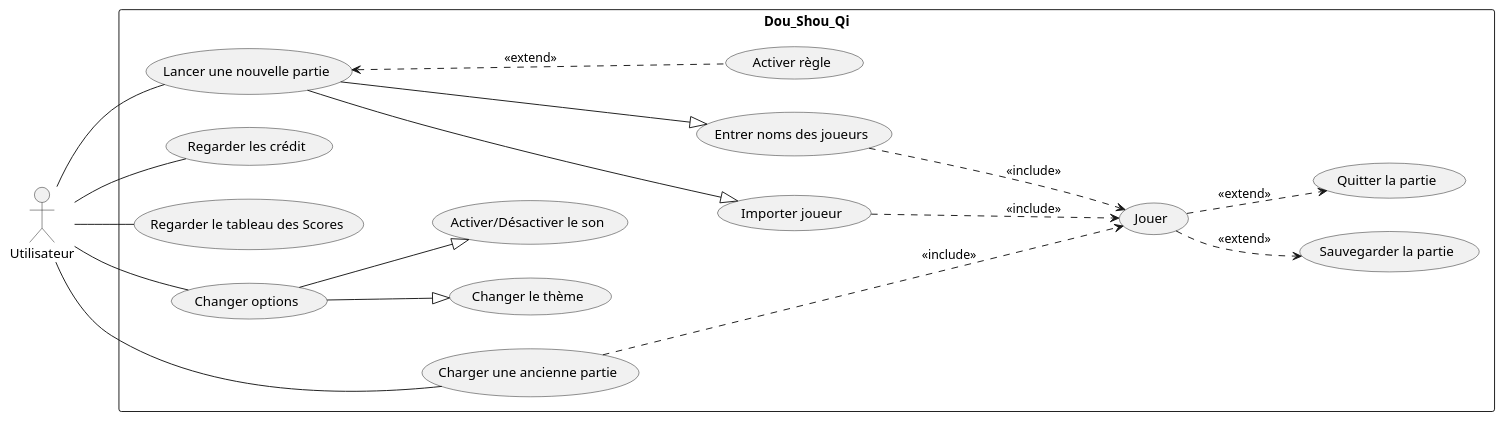
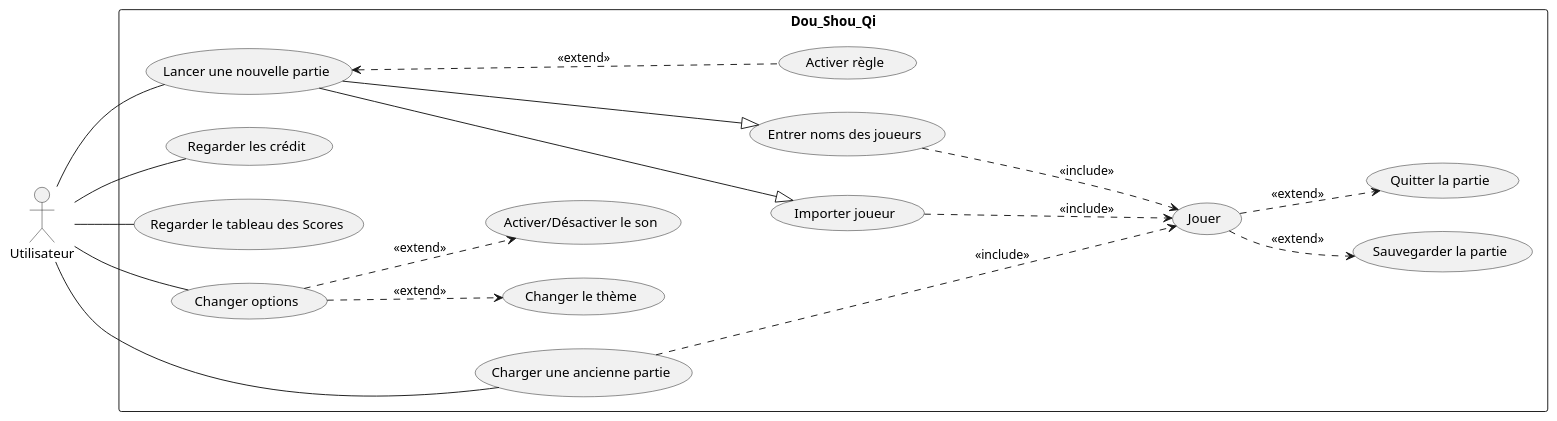
One commit to Pepit0404/DouShouQi changed the diagram in docs/use_cases.md. Above: the diagram before and after it, drawn with PlantUML.

Commit message:
Mise à jour de 'docs/use_cases.md'

````diff
--- a/docs/use_cases.md
+++ b/docs/use_cases.md
@@ -3,37 +3,37 @@
 ``` plantuml
 @startuml
 left to right direction
 actor "Utilisateur" as j
 rectangle Dou_Shou_Qi{
   usecase "Lancer une nouvelle partie" as UC1
   usecase "Charger une ancienne partie" as UC2
   usecase "Regarder les crédit" as UC3
   usecase "Regarder le tableau des Scores" as UC4
   usecase "Changer options" as UC8
   usecase "Activer/Désactiver le son" as UC9
   usecase "Changer le thème" as UC10
   usecase "Entrer noms des joueurs" as UC5
   usecase "Activer règle" as UC6
   usecase "Jouer" as UC7
   usecase "Importer joueur" as UC11
   usecase "Sauvegarder la partie" as UC12
   usecase "Quitter la partie" as UC13
   
 }
 j-- UC1
 j-- UC2
 j-- UC3
 j-- UC4
 j-- UC8
 UC1 ---|> UC5 
 UC1 ---|> UC11 
 UC1 <... UC6 : <<extend>>
 UC5 ...> UC7 : <<include>>
 UC2 ....> UC7 : <<include>>
 UC11 ...> UC7 : <<include>>
-UC8 --|> UC9 
-UC8 --|> UC10
+UC8 ..> UC9 : <<extend>>
+UC8 ..> UC10 : <<extend>>
 UC7 ..> UC12 : <<extend>>
 UC7 ..> UC13 : <<extend>>
 @enduml
 ```
````
